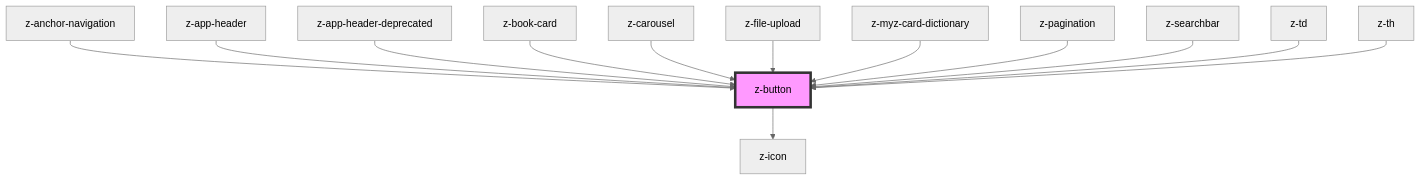
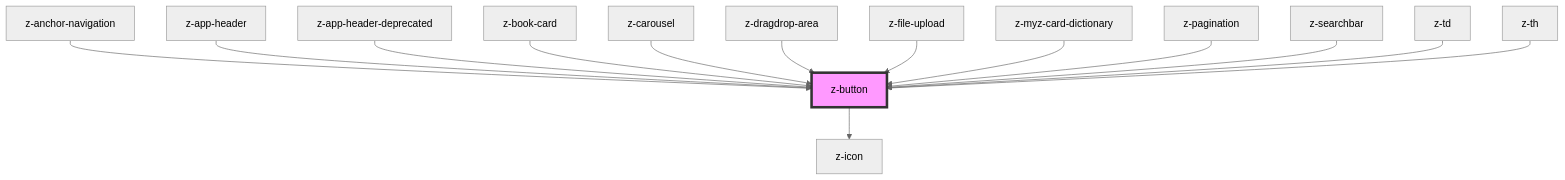
One commit to ZanichelliEditore/design-system changed the diagram in src/components/z-button/readme.md. Above: the diagram before and after it, drawn with Mermaid (neutral theme). The commit also changed other lines of this file and 13 other files, not shown here.

````diff
--- a/src/components/z-button/readme.md
+++ b/src/components/z-button/readme.md
@@ -53,16 +54,17 @@
 ```mermaid
 graph TD;
   z-button --> z-icon
   z-anchor-navigation --> z-button
   z-app-header --> z-button
   z-app-header-deprecated --> z-button
   z-book-card --> z-button
   z-carousel --> z-button
+  z-dragdrop-area --> z-button
   z-file-upload --> z-button
   z-myz-card-dictionary --> z-button
   z-pagination --> z-button
   z-searchbar --> z-button
   z-td --> z-button
   z-th --> z-button
   style z-button fill:#f9f,stroke:#333,stroke-width:4px
 ```
````
